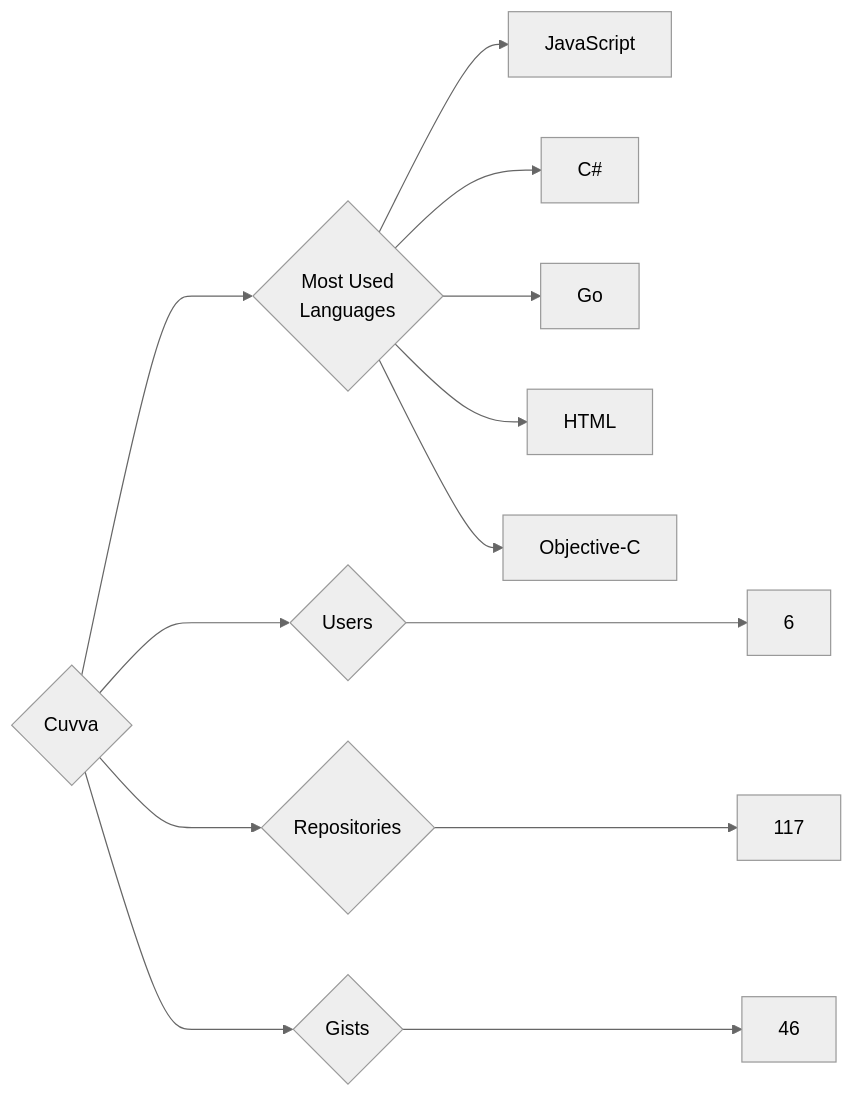
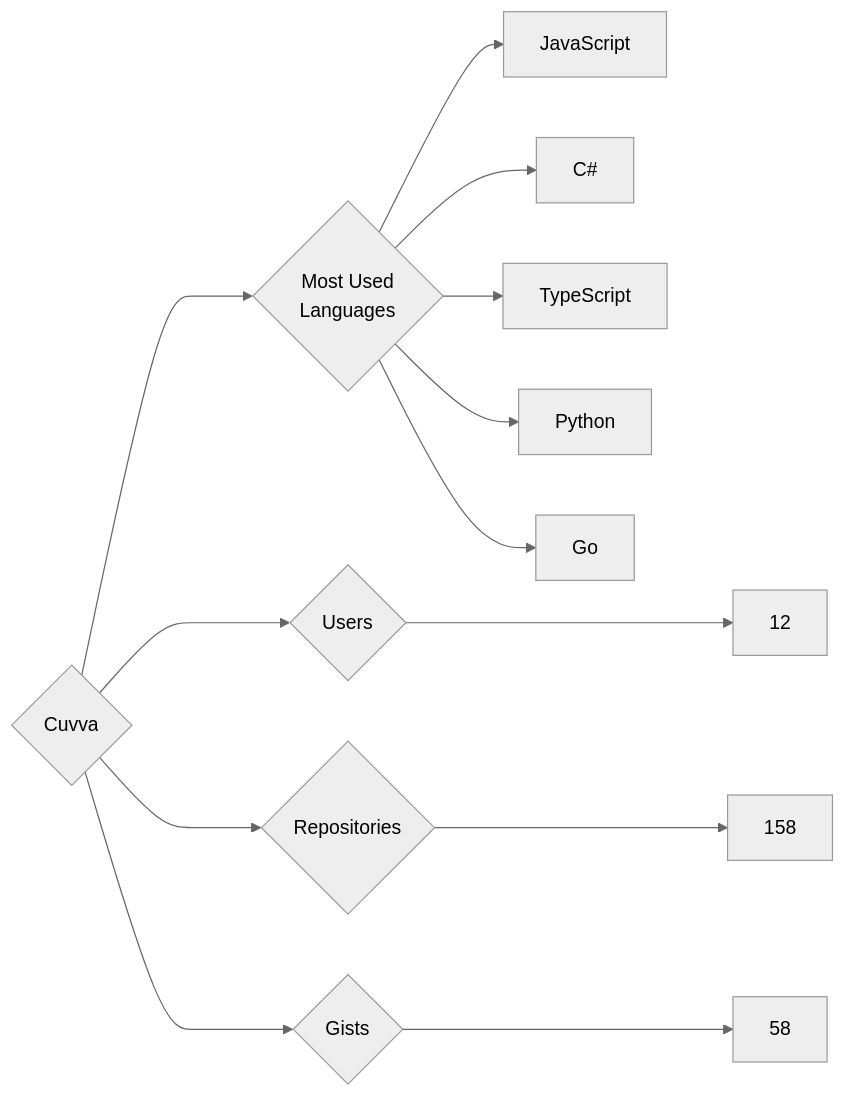
Before and after one commit to trickest/insiders: the diagram in targets/Cuvva/README.md, drawn with Mermaid (neutral theme). The commit also changed 951 other files, not shown here.

````diff
--- a/targets/Cuvva/README.md
+++ b/targets/Cuvva/README.md
@@ -3,13 +3,13 @@
 ```mermaid
 graph LR
 COMPANY_NAME{Cuvva}
-COMPANY_NAME ---> U{Users} ---> UN[6]
-COMPANY_NAME ---> R{Repositories} ---> RN[117]
-COMPANY_NAME ---> G{Gists} ---> GN[46]
+COMPANY_NAME ---> U{Users} ---> UN[12]
+COMPANY_NAME ---> R{Repositories} ---> RN[158]
+COMPANY_NAME ---> G{Gists} ---> GN[58]
 COMPANY_NAME ---> ML{Most Used<br>Languages}
 ML --> JavaScript[JavaScript]
 ML --> C#[C#]
+ML --> TypeScript[TypeScript]
+ML --> Python[Python]
 ML --> Go[Go]
-ML --> HTML[HTML]
-ML --> Objective-C[Objective-C]
 ```
````
